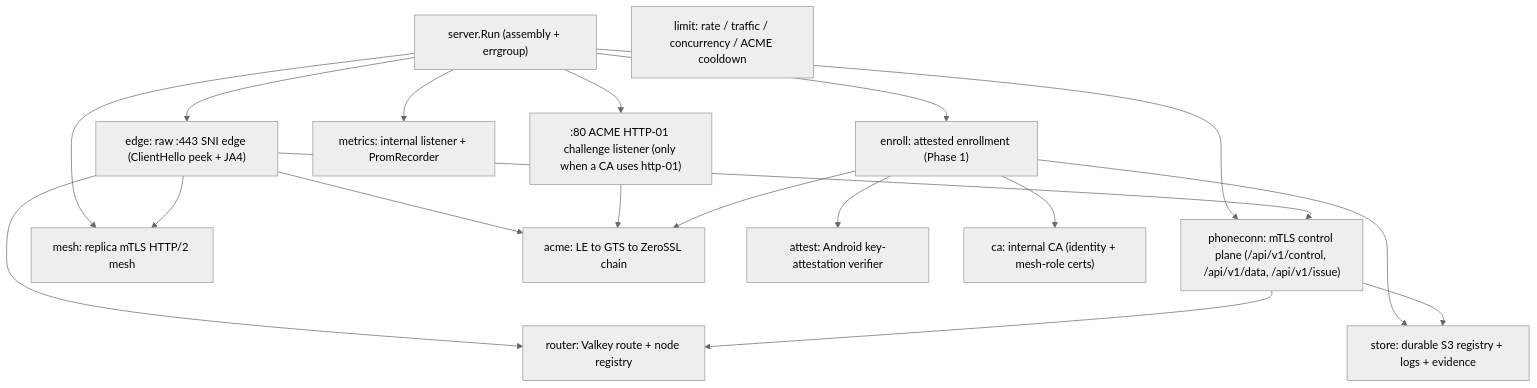
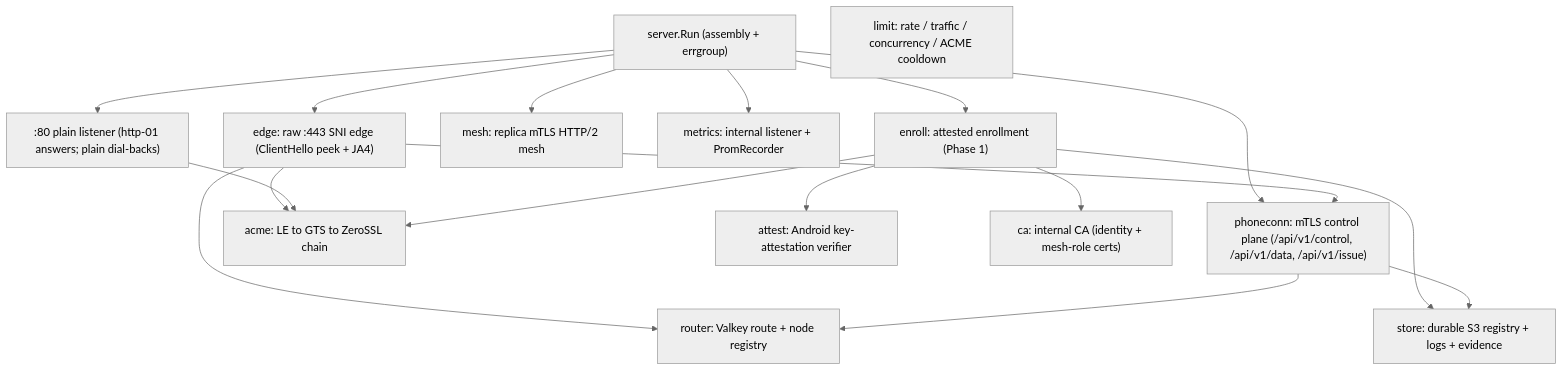
The first of 3 diagrams in docs/ARCHITECTURE.md (danielealbano/android-remote-control-mcp-tunneld), drawn with Mermaid (neutral theme) before and after one commit. The commit also changed other lines of this file and 6 other files, not shown here.

Commit message:
docs(docs): wire protocol v2 — entry-node dial-back, control-only mesh, sorted-set stream cap, operator notes

````diff
--- a/docs/ARCHITECTURE.md
+++ b/docs/ARCHITECTURE.md
@@ -19,34 +20,33 @@
 ```mermaid
 flowchart TD
   run["server.Run (assembly + errgroup)"]
   edge["edge: raw :443 SNI edge (ClientHello peek + JA4)"]
   enroll["enroll: attested enrollment (Phase 1)"]
   phone["phoneconn: mTLS control plane (/api/v1/control, /api/v1/data, /api/v1/issue)"]
   mesh["mesh: replica mTLS HTTP/2 mesh"]
   acme["acme: LE to GTS to ZeroSSL chain"]
   attest["attest: Android key-attestation verifier"]
   ca["ca: internal CA (identity + mesh-role certs)"]
   router["router: Valkey route + node registry"]
   limit["limit: rate / traffic / concurrency / ACME cooldown"]
   store["store: durable S3 registry + logs + evidence"]
   metrics["metrics: internal listener + PromRecorder"]
-  acmehttp[":80 ACME HTTP-01 challenge listener (only when a CA uses http-01)"]
+  acmehttp[":80 plain listener (http-01 answers; plain dial-backs)"]
 
   run --> edge
   run --> enroll
   run --> phone
   run --> mesh
   run --> metrics
   run --> acmehttp
   edge --> router
   edge --> phone
-  edge --> mesh
   edge --> acme
   acmehttp --> acme
   enroll --> attest
   enroll --> ca
   enroll --> acme
   enroll --> store
   phone --> router
   phone --> store
 ```
````
